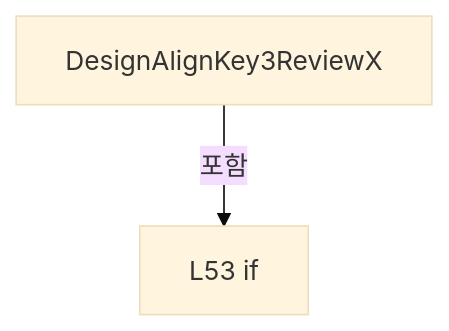
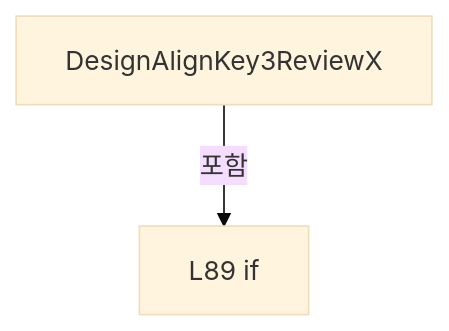
The sixth of 16 diagrams in A3 LD Code Ref/files/Drilling.Common/Correction/CDefaultOffsetCalibration.cs.md (kjuws10-rgb/Shared), drawn with Mermaid (base theme) before and after one commit. The commit also changed other lines of this file and 1984 other files, not shown here.

Commit message:
docs(a3): update 11.17.0 architecture and complete code reference

````diff
--- a/A3 LD Code Ref/files/Drilling.Common/Correction/CDefaultOffsetCalibration.cs.md
+++ b/A3 LD Code Ref/files/Drilling.Common/Correction/CDefaultOffsetCalibration.cs.md
@@ -398,6 +620,6 @@
 ```mermaid
 flowchart TD
  M["DesignAlignKey3ReviewX"]
- N0["L53 if"]
+ N0["L89 if"]
  M -->|포함| N0
 ```
````
